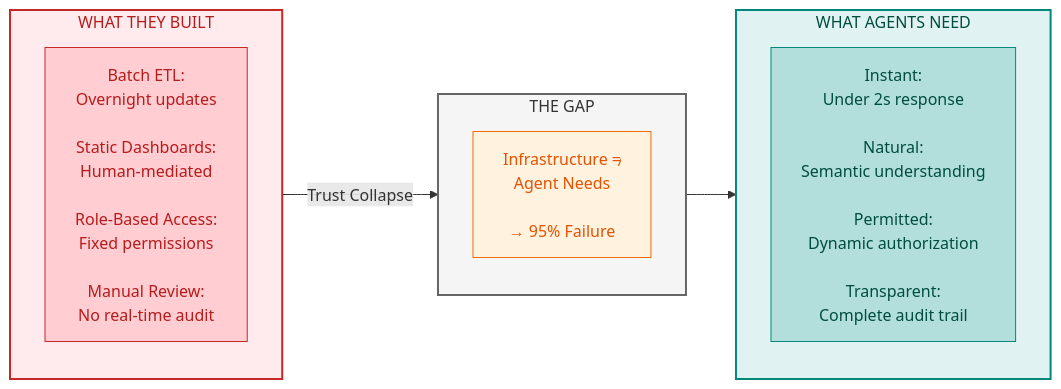
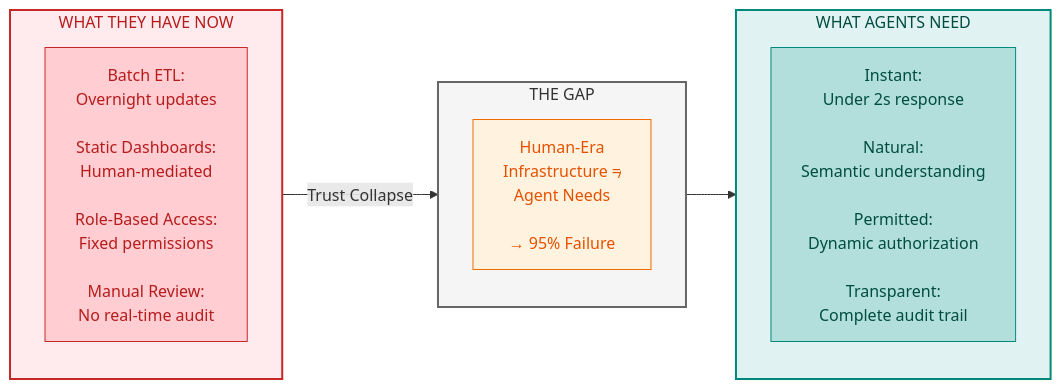
The first of 6 diagrams in manuscript/02_chapter_1_why_agents_fail_v3_1.md (colaberry/trust-before-intelligence-book), drawn with Mermaid before and after one commit. The commit also changed other lines of this file, not shown here.

Commit message:
Tweaking diagrams
Tweaking diagrams

````diff
--- a/manuscript/02_chapter_1_why_agents_fail_v3_1.md
+++ b/manuscript/02_chapter_1_why_agents_fail_v3_1.md
@@ -24,29 +24,29 @@
 ```mermaid
 
 graph LR
-    subgraph BUILT["WHAT THEY BUILT"]
+    subgraph BUILT["WHAT THEY HAVE NOW"]
         direction TB
         B1["Batch ETL:<br/>Overnight updates<br/><br/>Static Dashboards:<br/>Human-mediated<br/><br/>Role-Based Access:<br/>Fixed permissions<br/><br/>Manual Review:<br/>No real-time audit"]
     end
     
     subgraph GAP["THE GAP"]
         direction TB
-        G1["Infrastructure ≠<br/>Agent Needs<br/><br/>→ 95% Failure"]
+        G1["Human-Era<br/>Infrastructure ≠<br/>Agent Needs<br/><br/>→ 95% Failure"]
     end
     
     subgraph NEED["WHAT AGENTS NEED"]
         direction TB
         N1["Instant:<br/>Under 2s response<br/><br/>Natural:<br/>Semantic understanding<br/><br/>Permitted:<br/>Dynamic authorization<br/><br/>Transparent:<br/>Complete audit trail"]
     end
     
     BUILT -->|"Trust Collapse"| GAP --> NEED
     
     style BUILT fill:#ffebee,stroke:#c62828,stroke-width:2px,color:#b71c1c
     style GAP fill:#f5f5f5,stroke:#666666,stroke-width:2px,color:#333333
     style NEED fill:#e0f2f1,stroke:#00897b,stroke-width:2px,color:#004d40
     style B1 fill:#ffcdd2,stroke:#c62828,color:#b71c1c
     style G1 fill:#fff3e0,stroke:#ef6c00,color:#e65100
     style N1 fill:#b2dfdb,stroke:#00897b,color:#004d40
     
 
 ```
````
